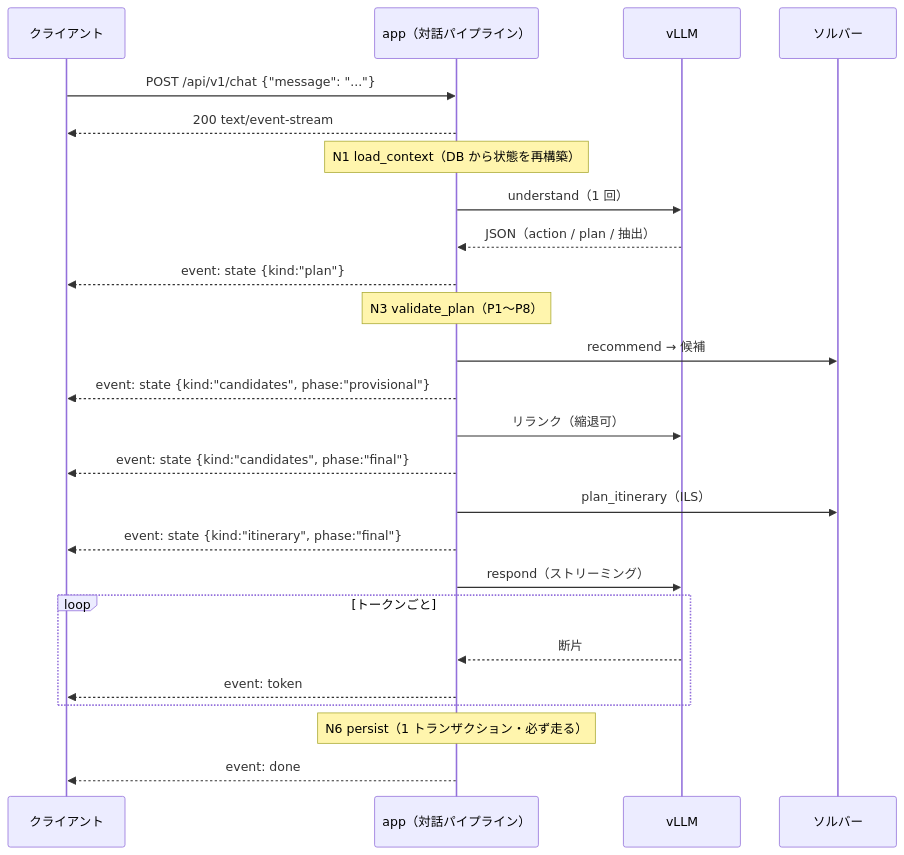
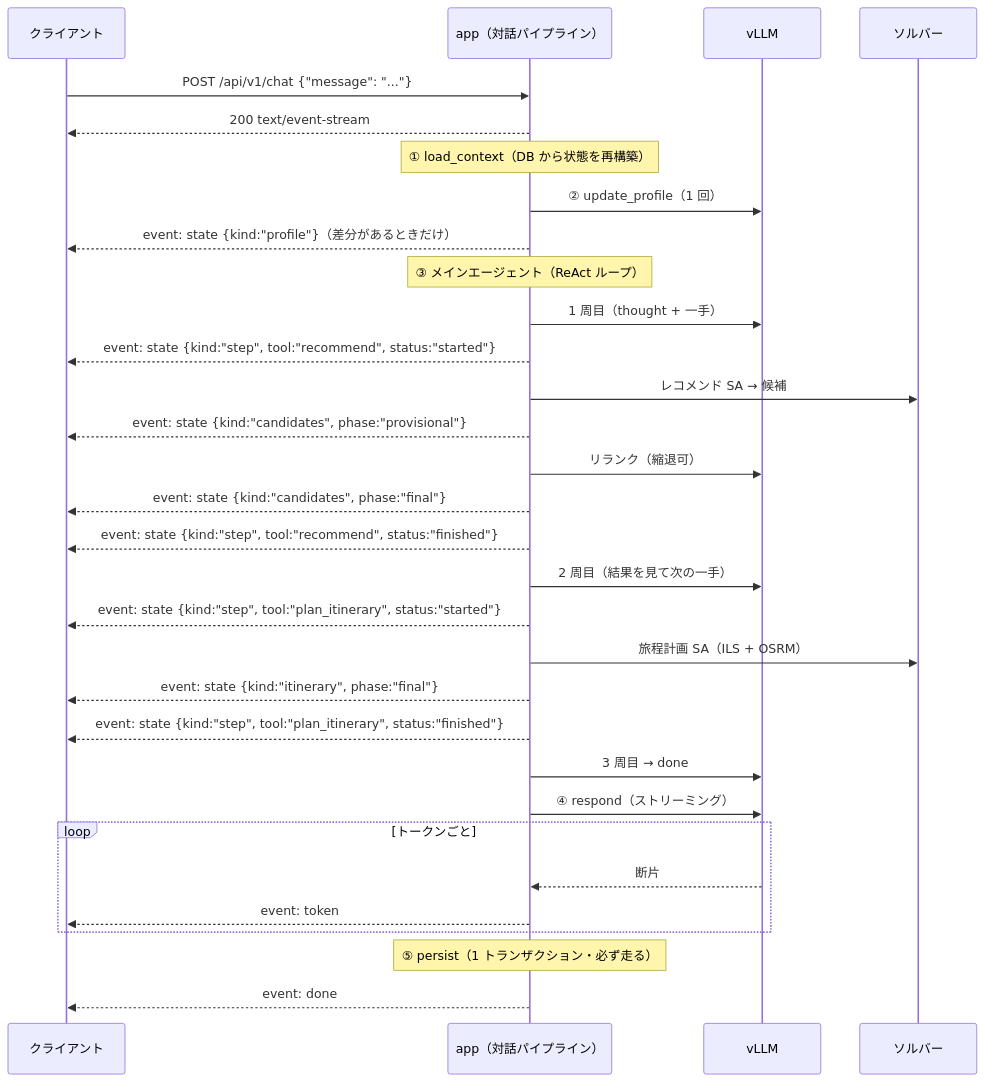
Before and after one commit to TakaJun02/Cairn: the first of 2 diagrams in Docs/40_api/chat_sse.md, drawn with Mermaid. The commit also changed other lines of this file and 56 other files, not shown here.

````diff
--- a/Docs/40_api/chat_sse.md
+++ b/Docs/40_api/chat_sse.md
@@ -120,32 +124,38 @@
 ```mermaid
 sequenceDiagram
     participant C as クライアント
     participant A as app（対話パイプライン）
     participant L as vLLM
     participant S as ソルバー
 
     C->>A: POST /api/v1/chat {"message": "..."}
     A-->>C: 200 text/event-stream
 
-    Note over A: N1 load_context（DB から状態を再構築）
-    A->>L: understand（1 回）
-    L-->>A: JSON（action / plan / 抽出）
-    A-->>C: event: state {kind:"plan"}
+    Note over A: ① load_context（DB から状態を再構築）
+    A->>L: ② update_profile（1 回）
+    A-->>C: event: state {kind:"profile"}（差分があるときだけ）
 
-    Note over A: N3 validate_plan（P1〜P8）
-    A->>S: recommend → 候補
+    Note over A: ③ メインエージェント（ReAct ループ）
+    A->>L: 1 周目（thought + 一手）
+    A-->>C: event: state {kind:"step", tool:"recommend", status:"started"}
+    A->>S: レコメンド SA → 候補
     A-->>C: event: state {kind:"candidates", phase:"provisional"}
     A->>L: リランク（縮退可）
     A-->>C: event: state {kind:"candidates", phase:"final"}
-    A->>S: plan_itinerary（ILS）
+    A-->>C: event: state {kind:"step", tool:"recommend", status:"finished"}
+    A->>L: 2 周目（結果を見て次の一手）
+    A-->>C: event: state {kind:"step", tool:"plan_itinerary", status:"started"}
+    A->>S: 旅程計画 SA（ILS + OSRM）
     A-->>C: event: state {kind:"itinerary", phase:"final"}
+    A-->>C: event: state {kind:"step", tool:"plan_itinerary", status:"finished"}
+    A->>L: 3 周目 → done
 
-    A->>L: respond（ストリーミング）
+    A->>L: ④ respond（ストリーミング）
     loop トークンごと
         L-->>A: 断片
         A-->>C: event: token
     end
 
-    Note over A: N6 persist（1 トランザクション・必ず走る）
+    Note over A: ⑤ persist（1 トランザクション・必ず走る）
     A-->>C: event: done
 ```
````
